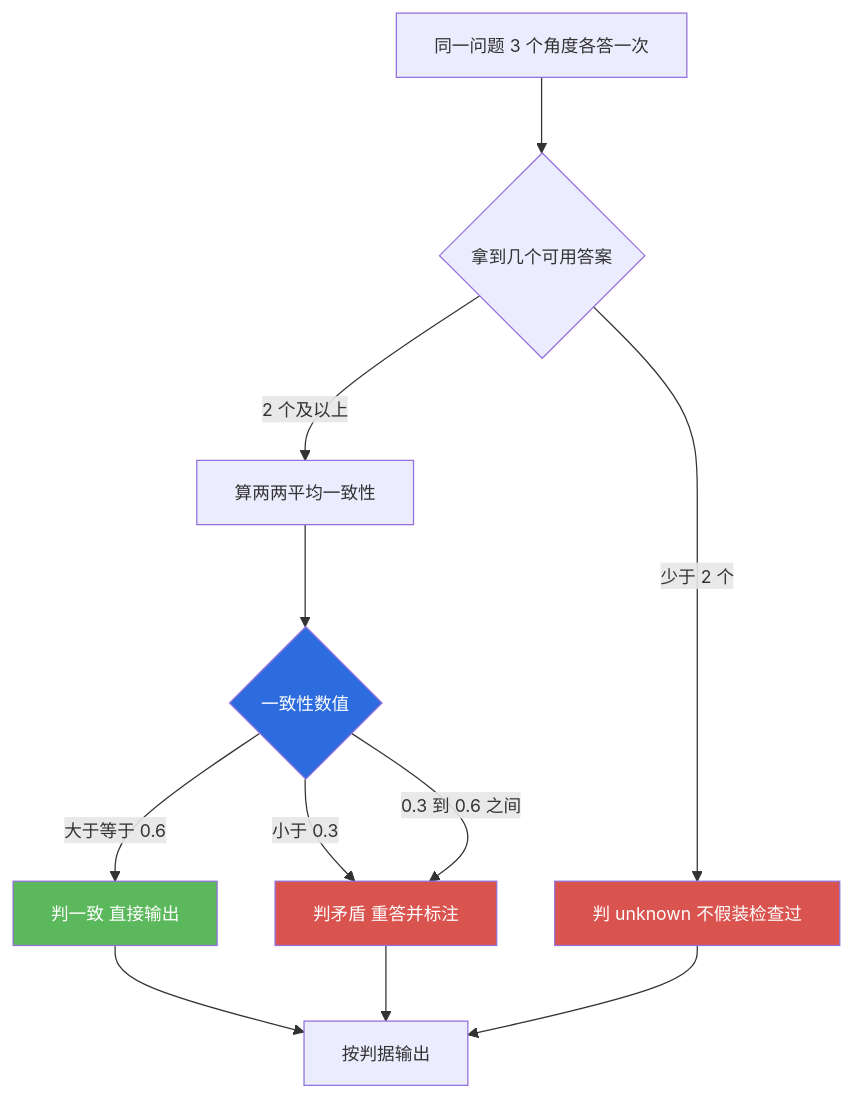
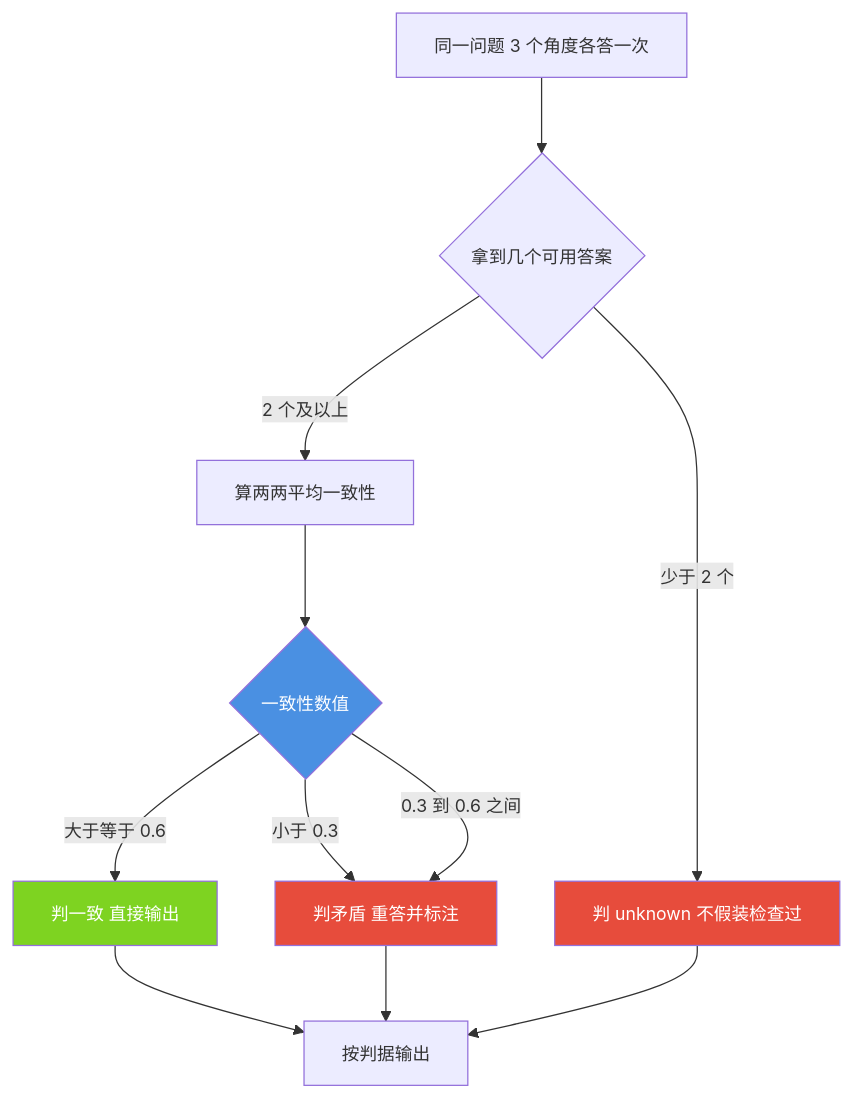
One commit to jiangchuangege/xiaojiao-harnees changed the third of 4 diagrams in docs/modules/08-metacognition.md. Above: the diagram before and after it, drawn with Mermaid. The commit also changed other lines of this file and 32 other files, not shown here.

Commit message:
统一：全仓原理图配色到一套调色板 + 给 12 张灰图补色 + 修正自己会睡那张过期图

````diff
--- a/docs/modules/08-metacognition.md
+++ b/docs/modules/08-metacognition.md
@@ -125,19 +125,19 @@
 ```mermaid
 %%{init: {"themeVariables": {"fontSize": "14px"}, "flowchart": {"htmlLabels": true, "wrappingWidth": 330, "nodeSpacing": 46, "rankSpacing": 60, "useMaxWidth": true}}}%%
 flowchart TB
     Q["同一问题 3 个角度各答一次"] --> N{"拿到几个可用答案"}
     N -->|"少于 2 个"| UN["判 unknown 不假装检查过"]
     N -->|"2 个及以上"| AV["算两两平均一致性"]
     AV --> J{"一致性数值"}
     J -->|"大于等于 0.6"| C1["判一致 直接输出"]
     J -->|"小于 0.3"| C2["判矛盾 重答并标注"]
     J -->|"0.3 到 0.6 之间"| C2
     C1 --> O["按判据输出"]
     C2 --> O
     UN --> O
 
-    style J fill:#2d6cdf,color:#fff
-    style C1 fill:#5cb85c,color:#fff
-    style C2 fill:#d9534f,color:#fff
-    style UN fill:#d9534f,color:#fff
+    style J fill:#4A90E2,color:#fff
+    style C1 fill:#7ED321,color:#fff
+    style C2 fill:#E74C3C,color:#fff
+    style UN fill:#E74C3C,color:#fff
 ```
````
